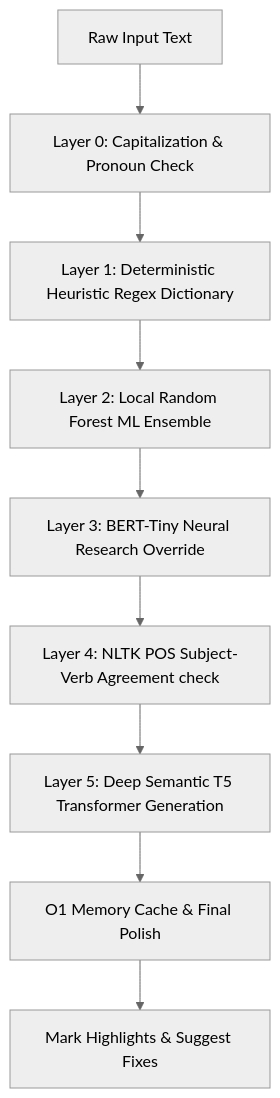
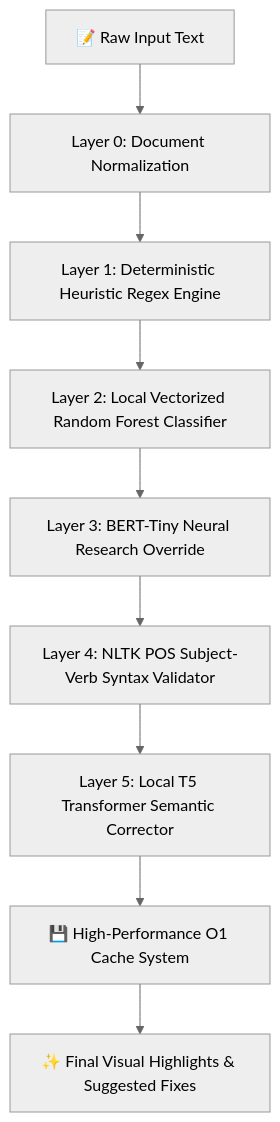
Before and after one commit to PrateekPulkit/AetherWriter-AI: the diagram in README.md, drawn with Mermaid (neutral theme). The commit also changed other lines of this file, not shown here.

Commit message:
Docs: Complete overhaul of README with high-fidelity UI, math formulas, 5-stage NLP pipeline diagrams, and complete setup guides

````diff
--- a/README.md
+++ b/README.md
@@ -61,11 +36,11 @@
 ```mermaid
 flowchart TD
-    A[Raw Input Text] --> B[Layer 0: Capitalization & Pronoun Check]
-    B --> C[Layer 1: Deterministic Heuristic Regex Dictionary]
-    C --> D[Layer 2: Local Random Forest ML Ensemble]
-    D --> E[Layer 3: BERT-Tiny Neural Research Override]
-    E --> F[Layer 4: NLTK POS Subject-Verb Agreement check]
-    F --> G[Layer 5: Deep Semantic T5 Transformer Generation]
-    G --> H[O1 Memory Cache & Final Polish]
-    H --> I[Mark Highlights & Suggest Fixes]
+    Input[📝 Raw Input Text] --> L0[Layer 0: Document Normalization]
+    L0 --> L1[Layer 1: Deterministic Heuristic Regex Engine]
+    L1 --> L2[Layer 2: Local Vectorized Random Forest Classifier]
+    L2 --> L3[Layer 3: BERT-Tiny Neural Research Override]
+    L3 --> L4[Layer 4: NLTK POS Subject-Verb Syntax Validator]
+    L4 --> L5[Layer 5: Local T5 Transformer Semantic Corrector]
+    L5 --> Cache[💾 High-Performance O1 Cache System]
+    Cache --> Output[✨ Final Visual Highlights & Suggested Fixes]
 ```
````
